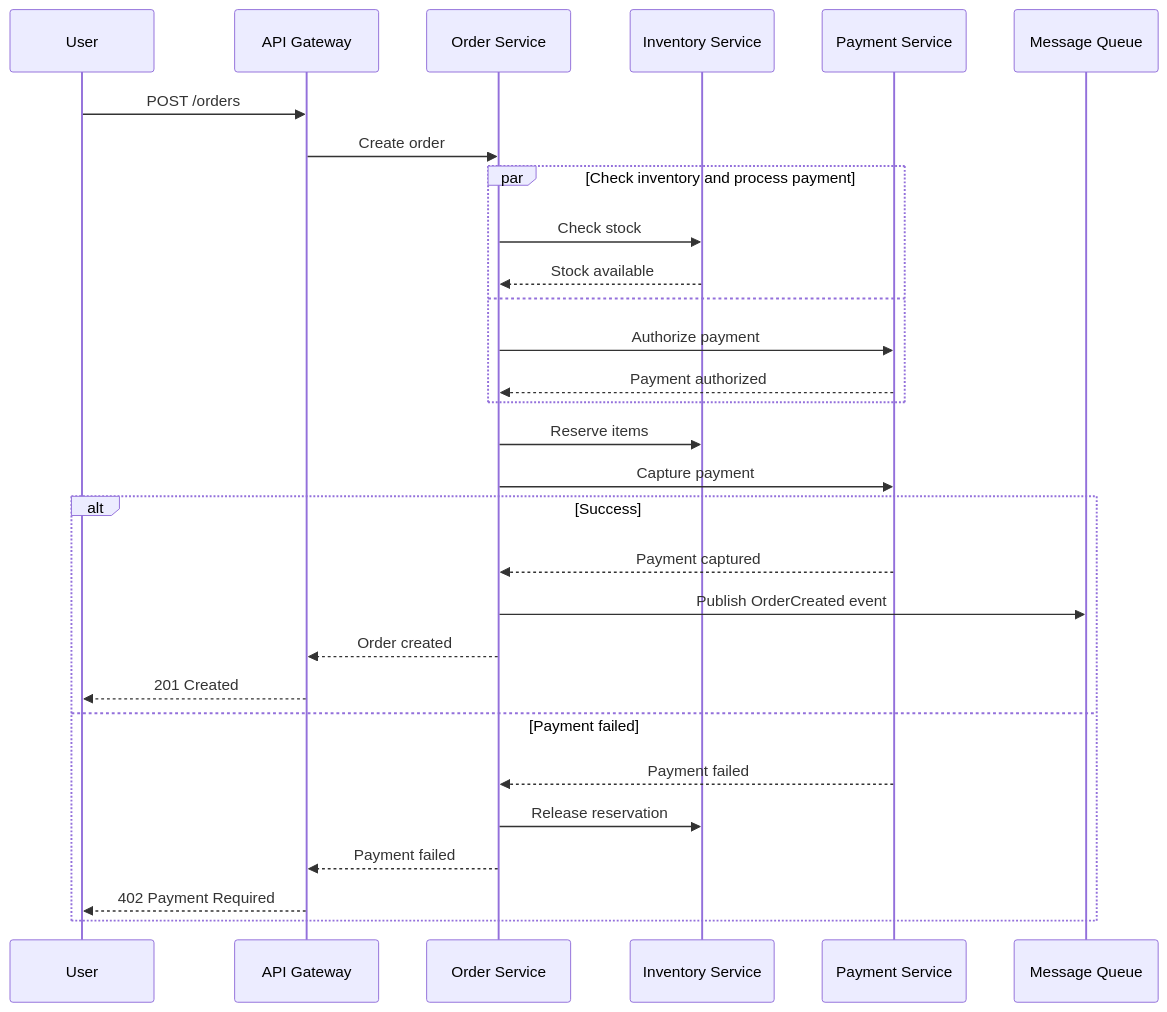
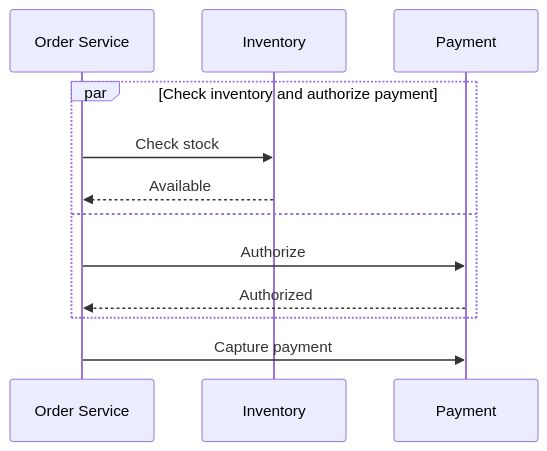
The fourth of 8 diagrams in skills/loom-diagramming/SKILL.md (cosmix/loom), drawn with Mermaid before and after one commit. The commit also changed other lines of this file and 23 other files, not shown here.

````diff
--- a/skills/loom-diagramming/SKILL.md
+++ b/skills/loom-diagramming/SKILL.md
@@ -303,35 +139,14 @@
 ```mermaid
 sequenceDiagram
-    participant U as User
-    participant API as API Gateway
     participant O as Order Service
-    participant I as Inventory Service
-    participant P as Payment Service
-    participant Q as Message Queue
-
-    U->>API: POST /orders
-    API->>O: Create order
-
-    par Check inventory and process payment
+    participant I as Inventory
+    participant P as Payment
+    par Check inventory and authorize payment
         O->>I: Check stock
-        I-->>O: Stock available
+        I-->>O: Available
     and
-        O->>P: Authorize payment
-        P-->>O: Payment authorized
+        O->>P: Authorize
+        P-->>O: Authorized
     end
-
-    O->>I: Reserve items
     O->>P: Capture payment
-
-    alt Success
-        P-->>O: Payment captured
-        O->>Q: Publish OrderCreated event
-        O-->>API: Order created
-        API-->>U: 201 Created
-    else Payment failed
-        P-->>O: Payment failed
-        O->>I: Release reservation
-        O-->>API: Payment failed
-        API-->>U: 402 Payment Required
-    end
 ```
````
